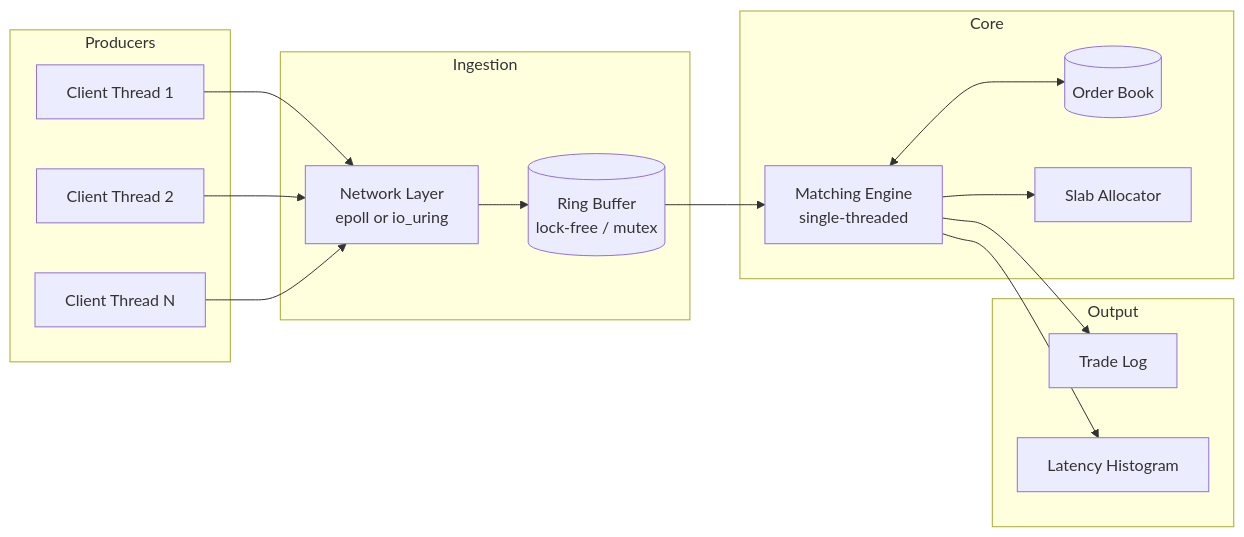
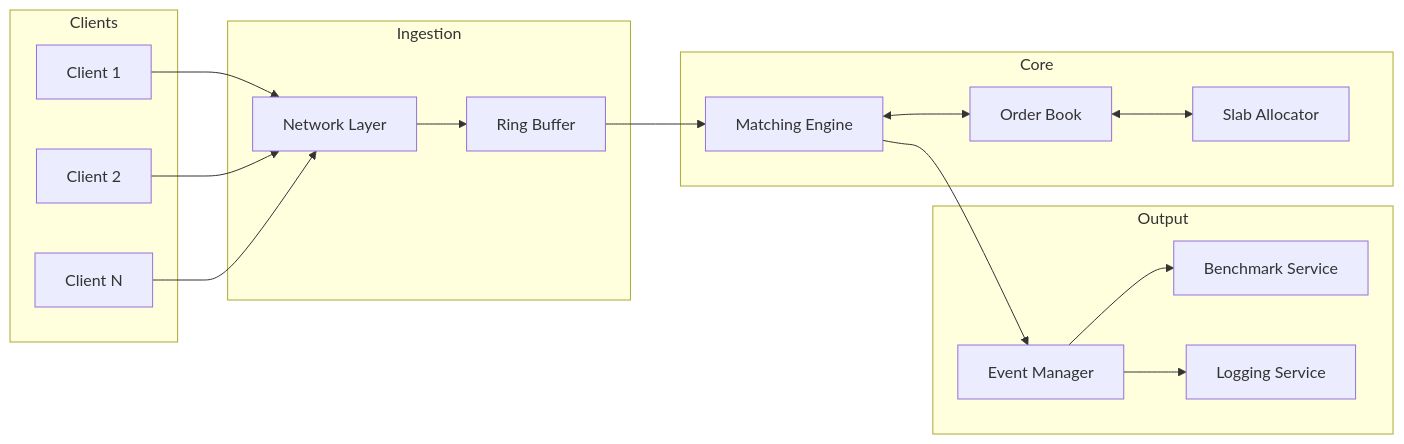
The diagram in docs/init/team-lead-project-plan.md (PIYUSH-SATIYA/matching-engine), drawn with Mermaid before and after one commit. The commit also changed 7 other files, not shown here.

````diff
--- a/docs/init/team-lead-project-plan.md
+++ b/docs/init/team-lead-project-plan.md
@@ -72,34 +72,39 @@
 ```mermaid
 flowchart LR
-    subgraph Producers
-        C1[Client Thread 1]
-        C2[Client Thread 2]
-        C3[Client Thread N]
+    subgraph Clients
+        C1[Client 1]
+        C2[Client 2]
+        CN[Client N]
     end
 
     subgraph Ingestion
-        NET[Network Layer<br/>epoll or io_uring]
-        RB[(Ring Buffer<br/>lock-free / mutex)]
+        NET[Network Layer]
+        RB[Ring Buffer]
     end
 
     subgraph Core
-        ME[Matching Engine<br/>single-threaded]
-        OB[(Order Book)]
+        ME[Matching Engine]
+        OB[Order Book]
         ALLOC[Slab Allocator]
     end
 
     subgraph Output
-        TRADES[Trade Log]
-        BENCH[Latency Histogram]
+        EM[Event Manager]
+        BENCH[Benchmark Service]
+        LOG[Logging Service]
     end
 
     C1 --> NET
     C2 --> NET
-    C3 --> NET
+    CN --> NET
+
     NET --> RB
     RB --> ME
+
     ME <--> OB
-    ME --> ALLOC
-    ME --> TRADES
-    ME --> BENCH
+    OB <--> ALLOC
+
+    ME --> EM
+    EM --> BENCH
+    EM --> LOG
 ```
````
